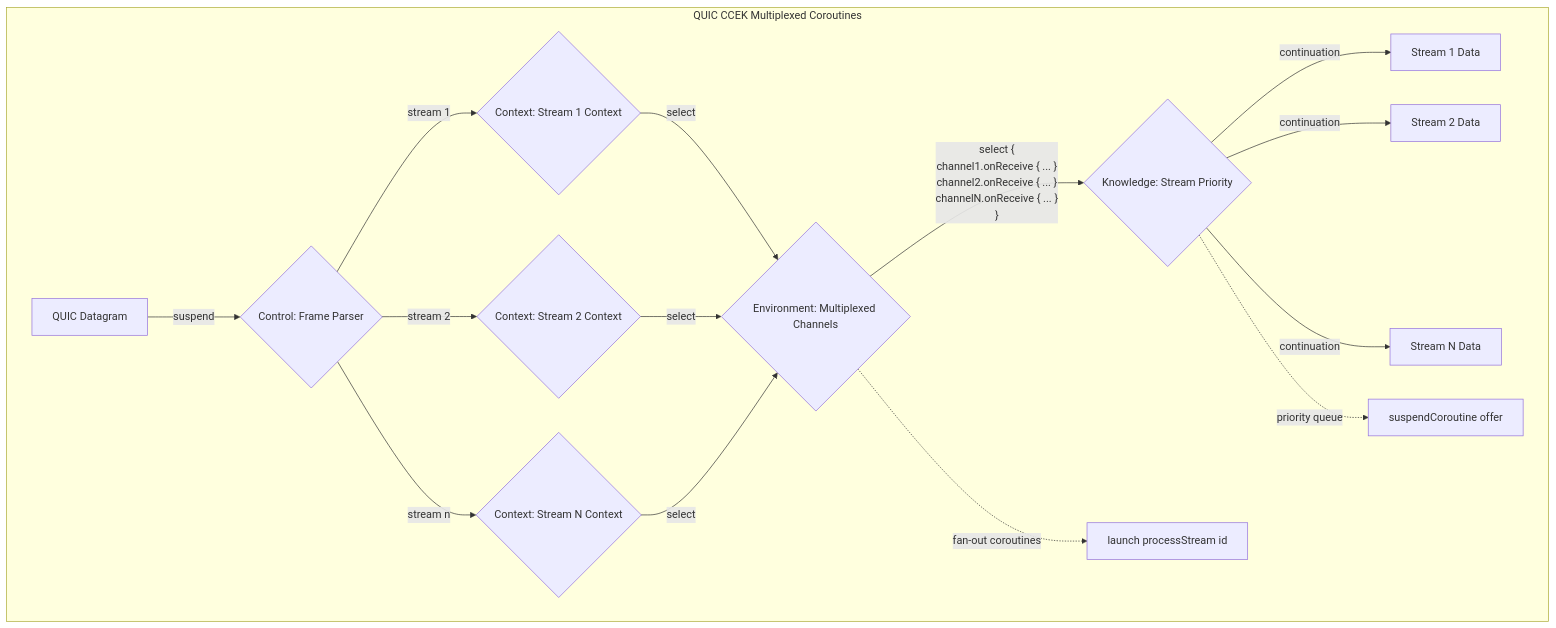
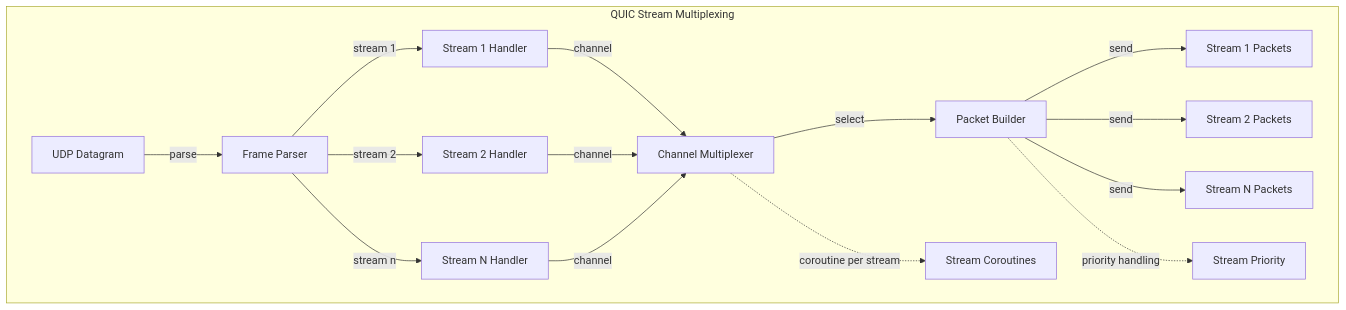
The third of 8 diagrams in CHANNEL_CCEK_TODO.md (jnorthrup/superbikeshed), drawn with Mermaid before and after one commit. The commit also changed other lines of this file, not shown here.

````diff
--- a/CHANNEL_CCEK_TODO.md
+++ b/CHANNEL_CCEK_TODO.md
@@ -68,27 +59,23 @@
 ```mermaid
 flowchart TD 
-    subgraph "QUIC CCEK Multiplexed Coroutines"
-        A[QUIC Datagram] -->|suspend| B{Control: Frame Parser}
+    subgraph "QUIC Stream Multiplexing"
+        A[UDP Datagram] -->|parse| B[Frame Parser]
         
-        B -->|stream 1| C1{Context: Stream 1 Context}
-        B -->|stream 2| C2{Context: Stream 2 Context}
-        B -->|stream n| CN{Context: Stream N Context}
+        B -->|stream 1| C1[Stream 1 Handler]
+        B -->|stream 2| C2[Stream 2 Handler]
+        B -->|stream n| CN[Stream N Handler]
         
-        C1 -->|select| D{Environment: Multiplexed Channels}
-        C2 -->|select| D
-        CN -->|select| D
+        C1 -->|channel| D[Channel Multiplexer]
+        C2 -->|channel| D
+        CN -->|channel| D
         
-        D -->|"select {
-            channel1.onReceive { ... }
-            channel2.onReceive { ... }
-            channelN.onReceive { ... }
-        }"| E{Knowledge: Stream Priority}
+        D -->|select| E[Packet Builder]
         
-        E -->|continuation| F1[Stream 1 Data]
-        E -->|continuation| F2[Stream 2 Data]
-        E -->|continuation| FN[Stream N Data]
+        E -->|send| F1[Stream 1 Packets]
+        E -->|send| F2[Stream 2 Packets]
+        E -->|send| FN[Stream N Packets]
         
-        D -.->|"fan-out coroutines"| FO[launch processStream id]
-        E -.->|"priority queue"| PQ[suspendCoroutine offer]
+        D -.->|coroutine per stream| FO[Stream Coroutines]
+        E -.->|priority handling| PQ[Stream Priority]
     end
 ```
````
